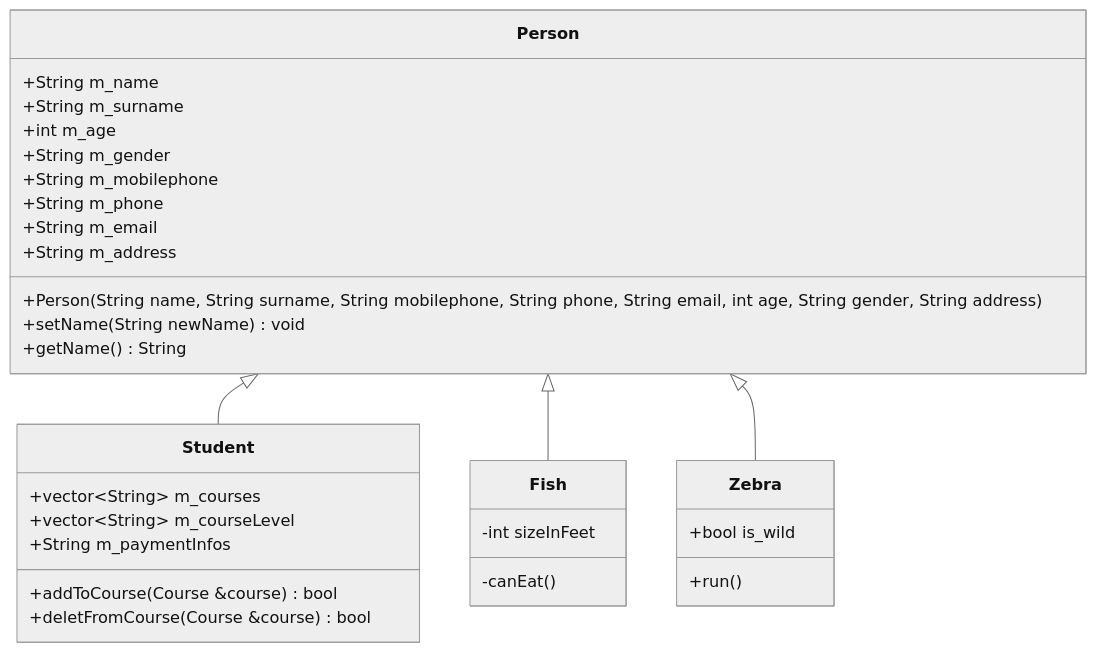
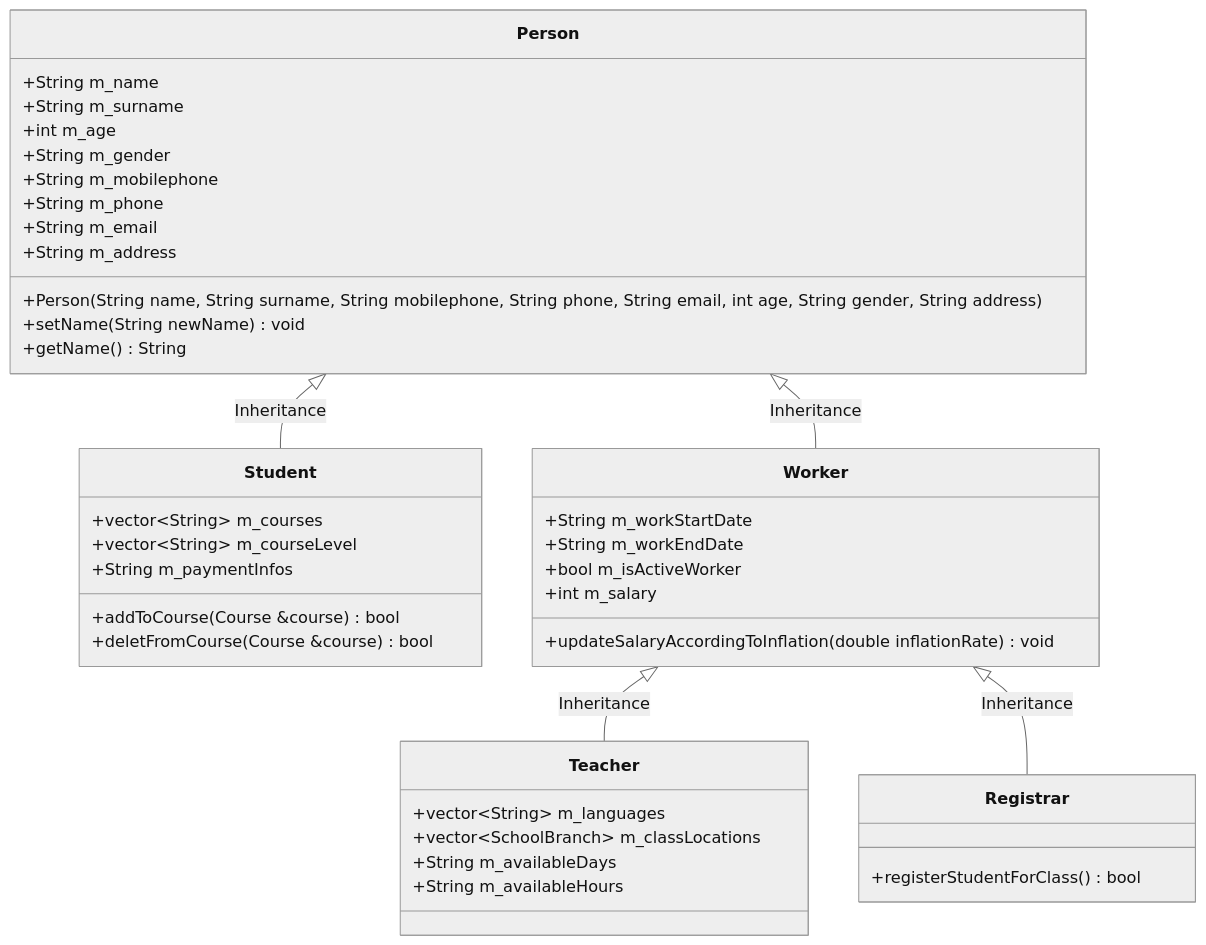
Before and after one commit to ondergormez/BLM3722_Software_Engineering: the second of 3 diagrams in 03-Project/01-ClassDiagram/Student.md, drawn with Mermaid (neutral theme). The commit also changed other lines of this file and 8 other files, not shown here.

````diff
--- a/03-Project/01-ClassDiagram/Student.md
+++ b/03-Project/01-ClassDiagram/Student.md
@@ -1,33 +49,45 @@
 ```mermaid
 classDiagram
-    Person <|-- Student
-    Person <|-- Fish
-    Person <|-- Zebra
+    Person <|-- Student : Inheritance
+    Person <|-- Worker : Inheritance
+    Worker <|-- Teacher : Inheritance
+    Worker <|-- Registrar : Inheritance
     Person : +String m_name
     Person : +String m_surname
     Person : +int m_age
     Person : +String m_gender
     Person : +String m_mobilephone
     Person : +String m_phone
     Person : +String m_email
     Person : +String m_address
     Person: +Person(String name, String surname, String mobilephone, String phone, String email, int age, String gender, String address)
     Person: +setName(String newName) void
     Person: +getName() String
+
     class Student{
       +vector~String~ m_courses
       +vector~String~ m_courseLevel
       +String m_paymentInfos
       +addToCourse(Course &course) bool
       +deletFromCourse(Course &course) bool
     }
-    class Fish{
-      -int sizeInFeet
-      -canEat()
+
+    class Worker{
+      +String m_workStartDate
+      +String m_workEndDate
+      +bool m_isActiveWorker
+      +int m_salary
+      +updateSalaryAccordingToInflation(double inflationRate) void
     }
-    class Zebra{
-      +bool is_wild
-      +run()
+    
+    class Teacher{
+      +vector~String~ m_languages
+      +vector~SchoolBranch~ m_classLocations
+      +String m_availableDays
+      +String m_availableHours
     }
-            
+
+    class Registrar{
+      +registerStudentForClass() bool 
+    }
 ```
````
